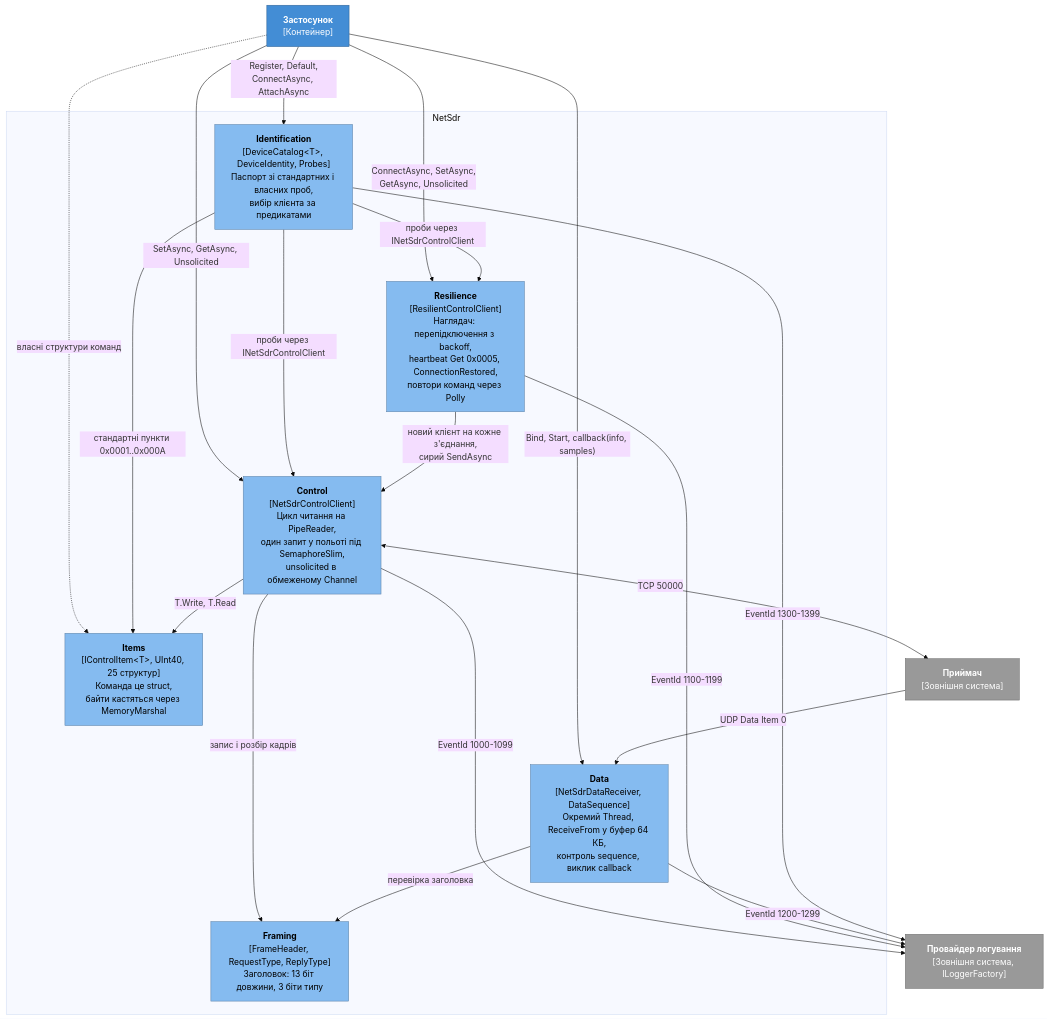
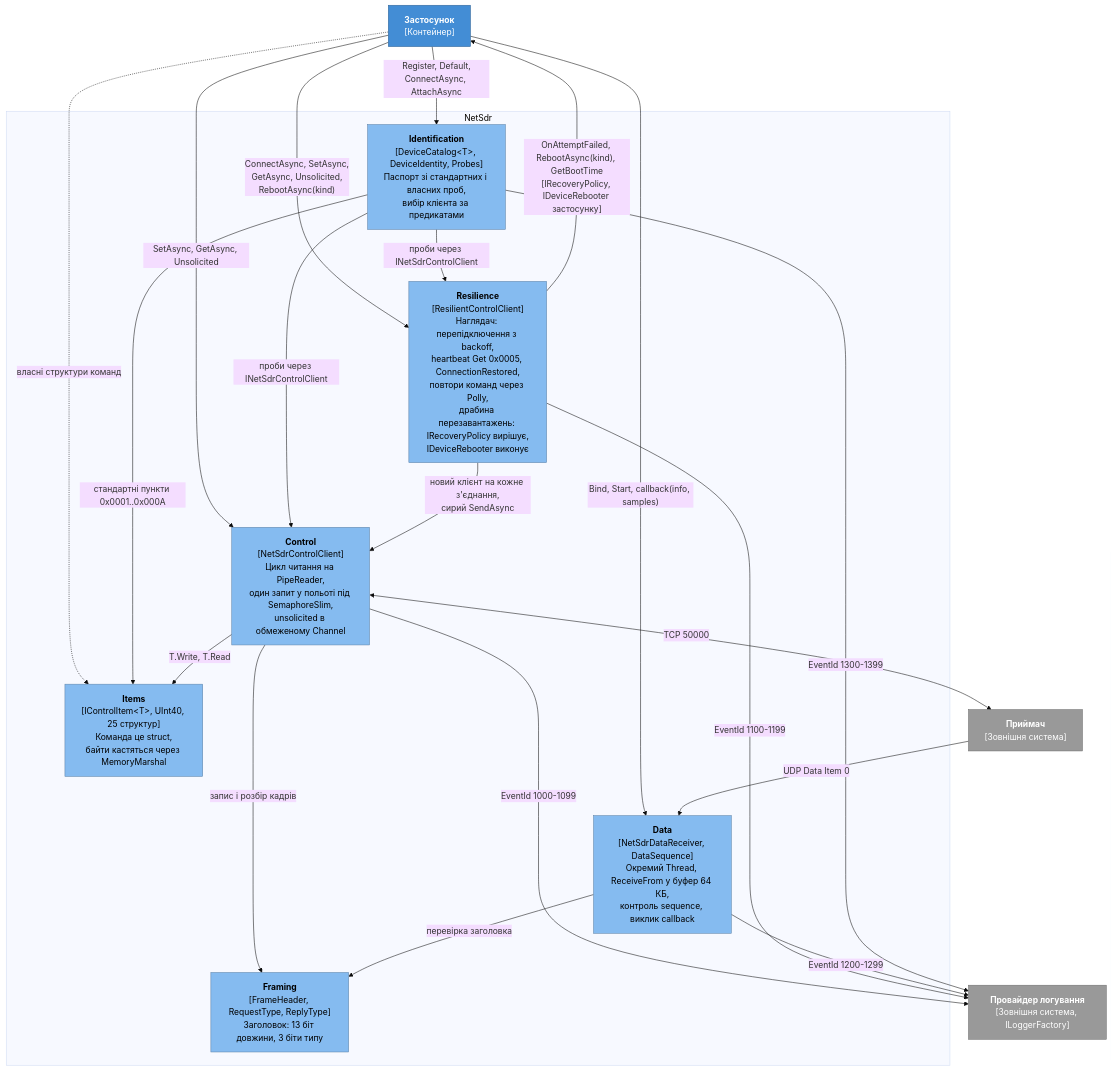
The third of 7 diagrams in docs/architecture.md (vadimart92/NetSdrClient), drawn with Mermaid (base theme) before and after one commit. The commit also changed other lines of this file and 3 other files, not shown here.

Commit message:
docs: ConnectAttempts and reboots in the XML docs, architecture diagrams and the spec status

````diff
--- a/docs/architecture.md
+++ b/docs/architecture.md
@@ -119,41 +122,42 @@
 ```mermaid
 flowchart TB
     app["<b>Застосунок</b><br/>[Контейнер]"]
     rx["<b>Приймач</b><br/>[Зовнішня система]"]
     logs["<b>Провайдер логування</b><br/>[Зовнішня система, ILoggerFactory]"]
 
     subgraph core["NetSdr"]
         ident["<b>Identification</b><br/>[DeviceCatalog#lt;T#gt;, DeviceIdentity, Probes]<br/>Паспорт зі стандартних і власних проб,<br/>вибір клієнта за предикатами"]
-        resil["<b>Resilience</b><br/>[ResilientControlClient]<br/>Наглядач: перепідключення з backoff,<br/>heartbeat Get 0x0005, ConnectionRestored,<br/>повтори команд через Polly"]
+        resil["<b>Resilience</b><br/>[ResilientControlClient]<br/>Наглядач: перепідключення з backoff,<br/>heartbeat Get 0x0005, ConnectionRestored,<br/>повтори команд через Polly,<br/>драбина перезавантажень: IRecoveryPolicy вирішує,<br/>IDeviceRebooter виконує"]
         control["<b>Control</b><br/>[NetSdrControlClient]<br/>Цикл читання на PipeReader,<br/>один запит у польоті під SemaphoreSlim,<br/>unsolicited в обмеженому Channel"]
         data["<b>Data</b><br/>[NetSdrDataReceiver, DataSequence]<br/>Окремий Thread, ReceiveFrom у буфер 64 КБ,<br/>контроль sequence, виклик callback"]
         items["<b>Items</b><br/>[IControlItem#lt;T#gt;, UInt40, 25 структур]<br/>Команда це struct,<br/>байти кастяться через MemoryMarshal"]
         framing["<b>Framing</b><br/>[FrameHeader, RequestType, ReplyType]<br/>Заголовок: 13 біт довжини, 3 біти типу"]
     end
 
     app -->|"Register, Default,<br/>ConnectAsync, AttachAsync"| ident
-    app -->|"ConnectAsync, SetAsync,<br/>GetAsync, Unsolicited"| resil
+    app -->|"ConnectAsync, SetAsync,<br/>GetAsync, Unsolicited,<br/>RebootAsync(kind)"| resil
+    resil -->|"OnAttemptFailed, RebootAsync(kind), GetBootTime<br/>[IRecoveryPolicy, IDeviceRebooter застосунку]"| app
     app -->|"SetAsync, GetAsync, Unsolicited"| control
     app -->|"Bind, Start, callback(info, samples)"| data
     app -.->|"власні структури команд"| items
     ident -->|"проби через INetSdrControlClient"| control
     ident -->|"проби через INetSdrControlClient"| resil
     resil -->|"новий клієнт на кожне з'єднання,<br/>сирий SendAsync"| control
     ident -->|"стандартні пункти 0x0001..0x000A"| items
     control -->|"T.Write, T.Read"| items
     control -->|"запис і розбір кадрів"| framing
     data -->|"перевірка заголовка"| framing
     control <-->|"TCP 50000"| rx
     rx -->|"UDP Data Item 0"| data
     control -->|"EventId 1000-1099"| logs
     resil -->|"EventId 1100-1199"| logs
     data -->|"EventId 1200-1299"| logs
     ident -->|"EventId 1300-1399"| logs
 
     classDef component fill:#85BBF0,stroke:#5D82A8,color:#000
     classDef container fill:#438DD5,stroke:#2E6295,color:#fff
     classDef external fill:#999999,stroke:#6B6B6B,color:#fff
     class ident,resil,control,data,items,framing component
     class app container
     class rx,logs external
 ```
````
